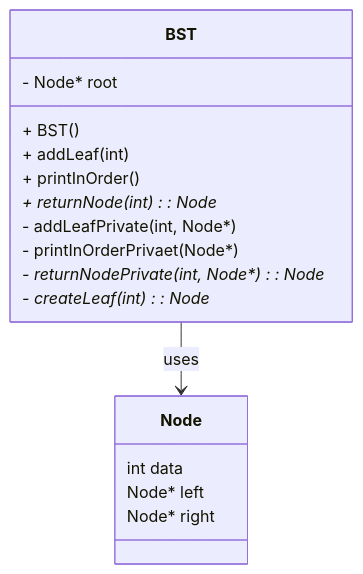
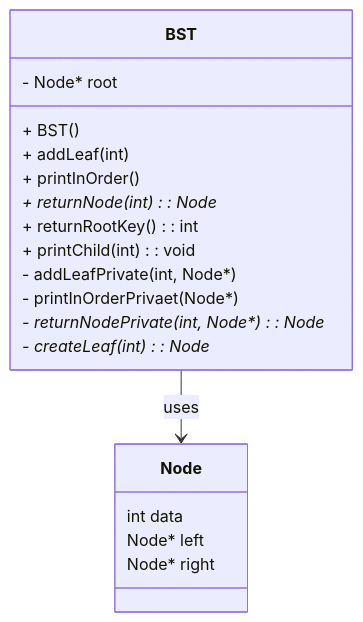
The first of 4 diagrams in BinarySearchTree02/README.MD (kyungsikjeung/cpptutorial), drawn with Mermaid before and after one commit. The commit also changed other lines of this file, not shown here.

````diff
--- a/BinarySearchTree02/README.MD
+++ b/BinarySearchTree02/README.MD
@@ -20,22 +20,24 @@
 ```mermaid
 classDiagram
     class BST {
         - Node* root
         + BST()
         + addLeaf(int)
         + printInOrder()
         + returnNode(int): Node*
+        + returnRootKey(): int
+        + printChild(int): void
         - addLeafPrivate(int, Node*)
         - printInOrderPrivaet(Node*)
         - returnNodePrivate(int, Node*): Node*
         - createLeaf(int): Node*
     }
 
     class Node {
         int data
         Node* left
         Node* right
     }
 
     BST --> Node : uses
 ```
````
